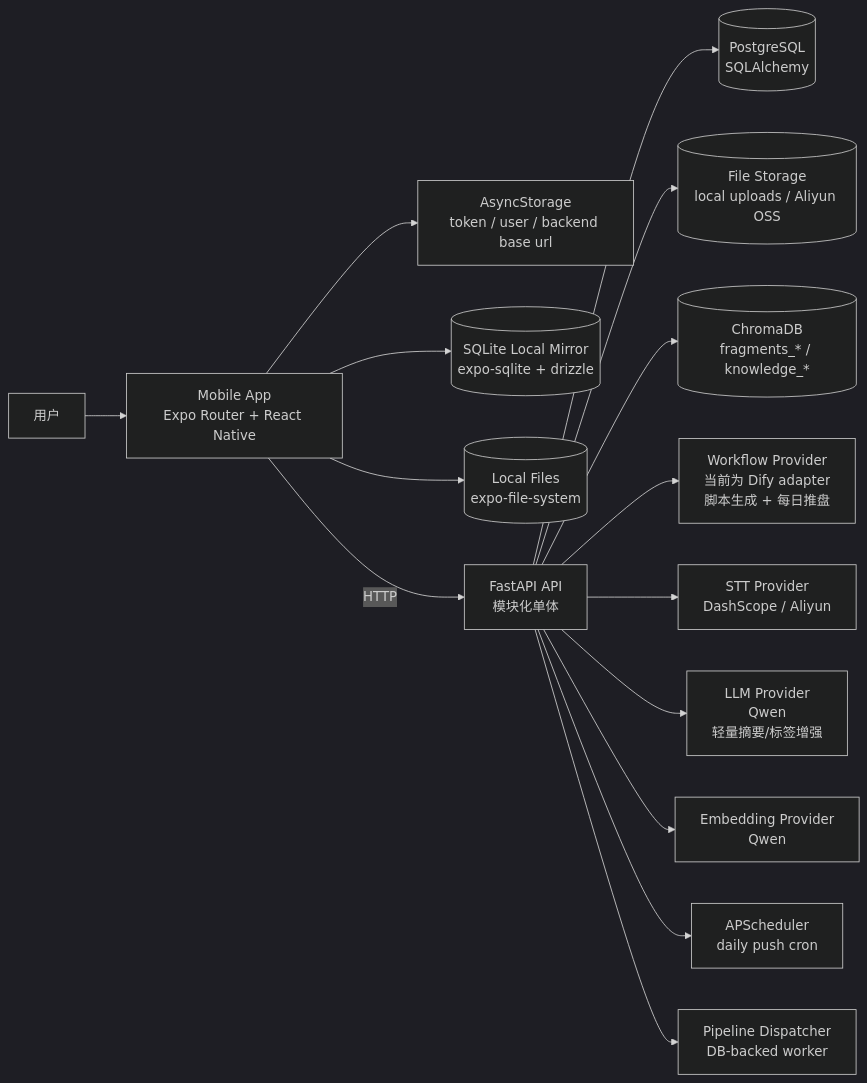
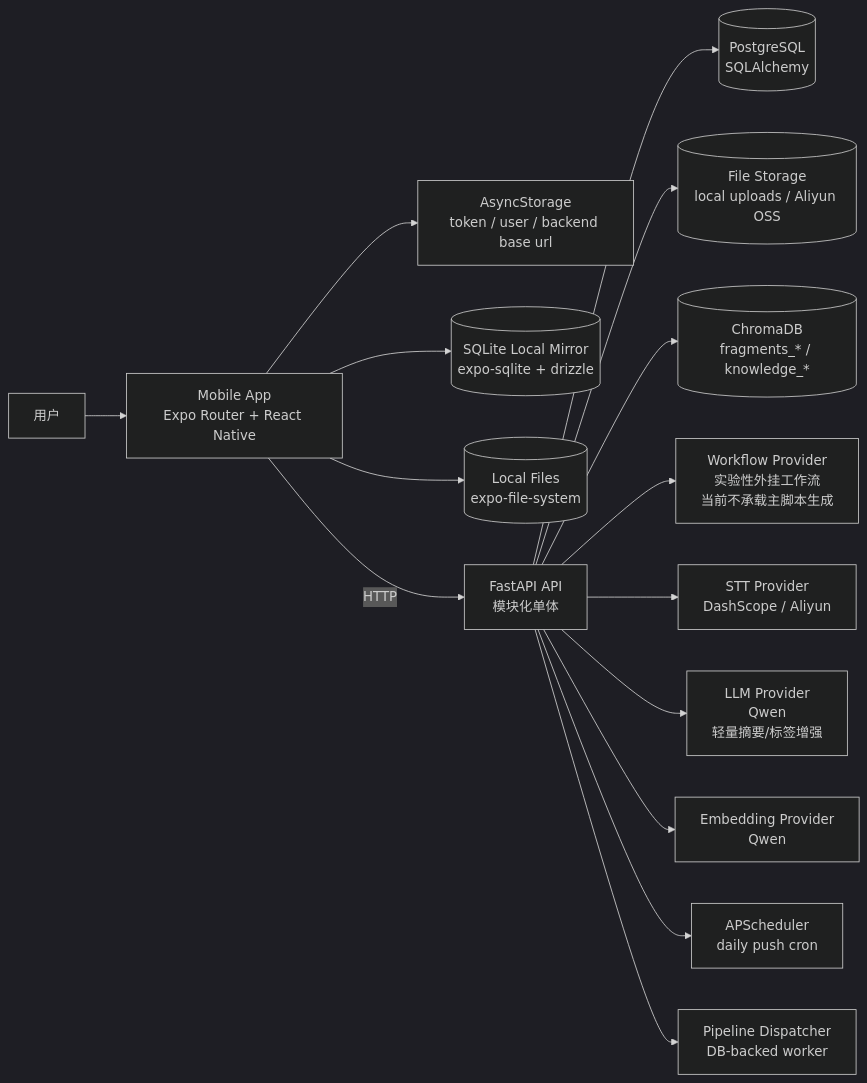
One commit to YCZA2/SparkFlow changed the first of 9 diagrams in memory-bank/architecture.md. Above: the diagram before and after it, drawn with Mermaid (dark theme). The commit also changed other lines of this file and 19 other files, not shown here.

Commit message:
Unify script generation and remove legacy mode flow

````diff
--- a/memory-bank/architecture.md
+++ b/memory-bank/architecture.md
@@ -21,33 +21,33 @@
 ```mermaid
 flowchart LR
     U["用户"]
     M["Mobile App<br/>Expo Router + React Native"]
     S["AsyncStorage<br/>token / user / backend base url"]
     LDB[("SQLite Local Mirror<br/>expo-sqlite + drizzle")]
     LFS[("Local Files<br/>expo-file-system")]
     API["FastAPI API<br/>模块化单体"]
     DB[("PostgreSQL<br/>SQLAlchemy")]
     FS[("File Storage<br/>local uploads / Aliyun OSS")]
     CHROMA[("ChromaDB<br/>fragments_* / knowledge_*")]
-    WFP["Workflow Provider<br/>当前为 Dify adapter<br/>脚本生成 + 每日推盘"]
+    WFP["Workflow Provider<br/>实验性外挂工作流<br/>当前不承载主脚本生成"]
     STT["STT Provider<br/>DashScope / Aliyun"]
     LLM["LLM Provider<br/>Qwen<br/>轻量摘要/标签增强"]
     EMB["Embedding Provider<br/>Qwen"]
     SCH["APScheduler<br/>daily push cron"]
     PIPE["Pipeline Dispatcher<br/>DB-backed worker"]
 
     U --> M
     M --> S
     M --> LDB
     M --> LFS
     M -->|HTTP| API
     API --> DB
     API --> FS
     API --> CHROMA
     API --> WFP
     API --> STT
     API --> LLM
     API --> EMB
     API --> SCH
     API --> PIPE
 ```
````
